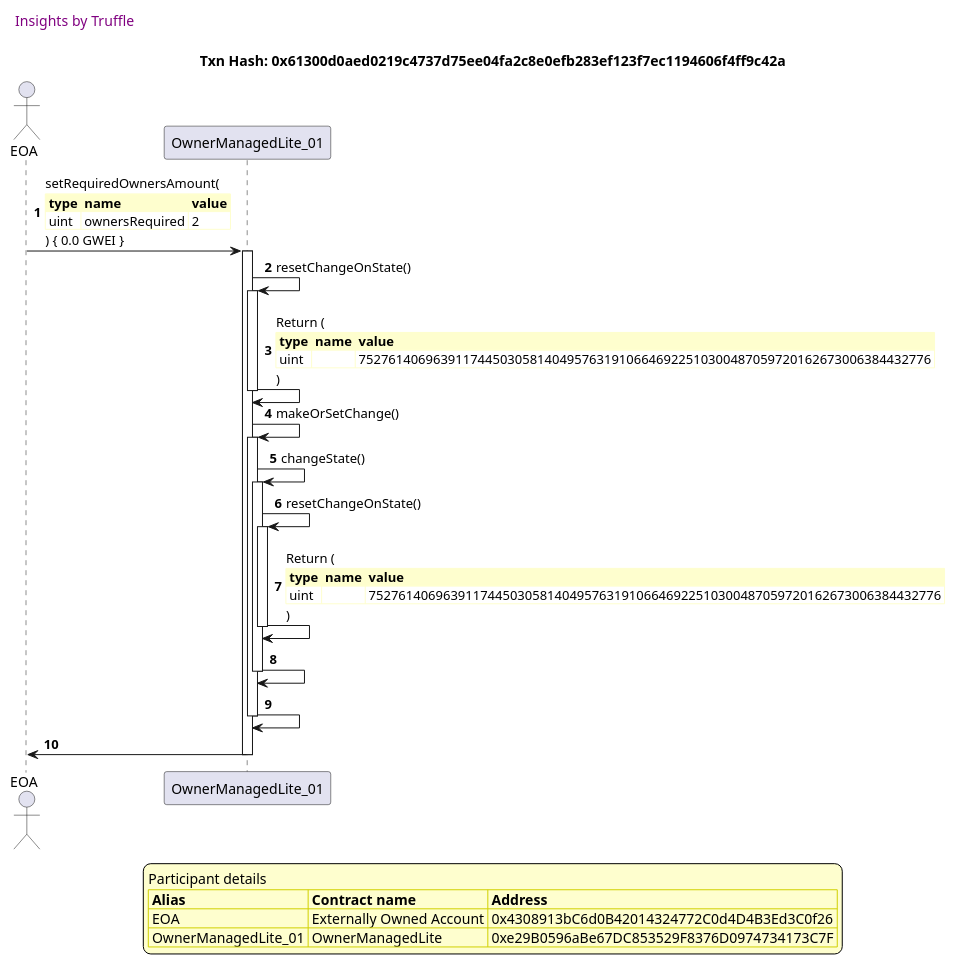
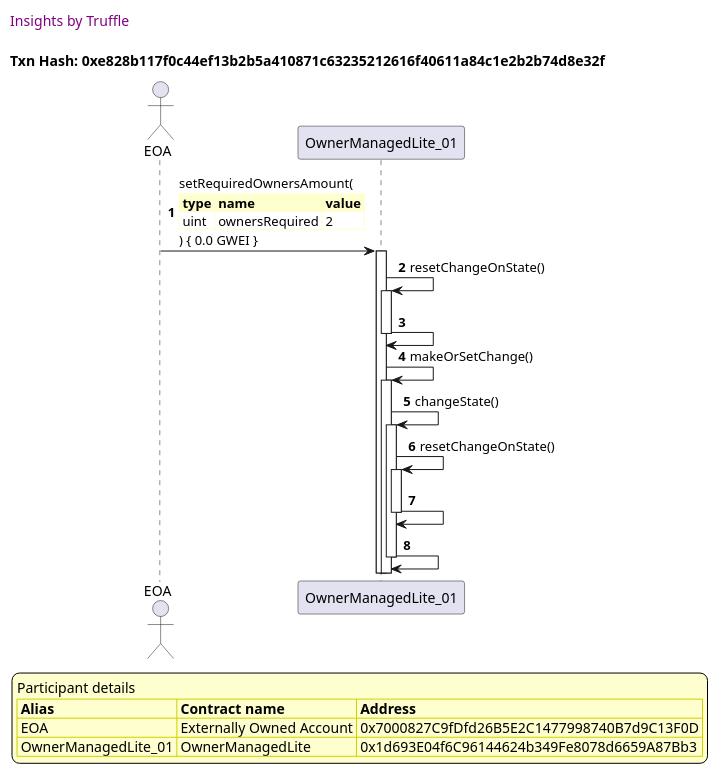
One commit to thedarkjester/ConsensysAssignment changed the fourth of 31 diagrams in truffle-seq/OwnerManagedLite_test_griefing_prevention.md. Above: the diagram before and after it, drawn with PlantUML. The commit also changed other lines of this file and 13 other files, not shown here.

````diff
--- a/truffle-seq/OwnerManagedLite_test_griefing_prevention.md
+++ b/truffle-seq/OwnerManagedLite_test_griefing_prevention.md
@@ -163,54 +155,46 @@
 ```plantuml
 
 
 @startuml
 
 autonumber
 skinparam legendBackgroundColor #FEFECE
 
 <style>
       header {
         HorizontalAlignment left
         FontColor purple
         FontSize 14
         Padding 10
       }
     </style>
 
 header Insights by Truffle
 
-title Txn Hash: 0x61300d0aed0219c4737d75ee04fa2c8e0efb283ef123f7ec1194606f4ff9c42a
+title Txn Hash: 0xe828b117f0c44ef13b2b5a410871c63235212616f40611a84c1e2b2b74d8e32f
 
 
 actor EOA as "EOA"
 participant OwnerManagedLite_01 as "OwnerManagedLite_01"
 
 "EOA" -> "OwnerManagedLite_01" ++: setRequiredOwnersAmount(\n\
 <#FEFECE,#FEFECE>|= type |= name |= value |\n\
 | uint | ownersRequired | 2 |\n\
 ) { 0.0 GWEI }
 "OwnerManagedLite_01" -> "OwnerManagedLite_01" ++: resetChangeOnState()
-"OwnerManagedLite_01" -> "OwnerManagedLite_01" --: Return (\n\
-<#FEFECE,#FEFECE>|= type |= name |= value |\n\
-| uint |  | 75276140696391174450305814049576319106646922510300487059720162673006384432776 |\n\
-)
+"OwnerManagedLite_01" -> "OwnerManagedLite_01" --: 
 "OwnerManagedLite_01" -> "OwnerManagedLite_01" ++: makeOrSetChange()
 "OwnerManagedLite_01" -> "OwnerManagedLite_01" ++: changeState()
 "OwnerManagedLite_01" -> "OwnerManagedLite_01" ++: resetChangeOnState()
-"OwnerManagedLite_01" -> "OwnerManagedLite_01" --: Return (\n\
-<#FEFECE,#FEFECE>|= type |= name |= value |\n\
-| uint |  | 75276140696391174450305814049576319106646922510300487059720162673006384432776 |\n\
-)
 "OwnerManagedLite_01" -> "OwnerManagedLite_01" --: 
 "OwnerManagedLite_01" -> "OwnerManagedLite_01" --: 
-"OwnerManagedLite_01" -> "EOA" --: 
 
 legend
 Participant details
 <#FEFECE,#D0D000>|= Alias |= Contract name |= Address |
-<#FEFECE>| EOA | Externally Owned Account | 0x4308913bC6d0B42014324772C0d4D4B3Ed3C0f26 |
-<#FEFECE>| OwnerManagedLite_01 | OwnerManagedLite | 0xe29B0596aBe67DC853529F8376D0974734173C7F |
+<#FEFECE>| EOA | Externally Owned Account | 0x7000827C9fDfd26B5E2C1477998740B7d9C13F0D |
+<#FEFECE>| OwnerManagedLite_01 | OwnerManagedLite | 0x1d693E04f6C96144624b349Fe8078d6659A87Bb3 |
 endlegend
 
 @enduml
 ```
````
